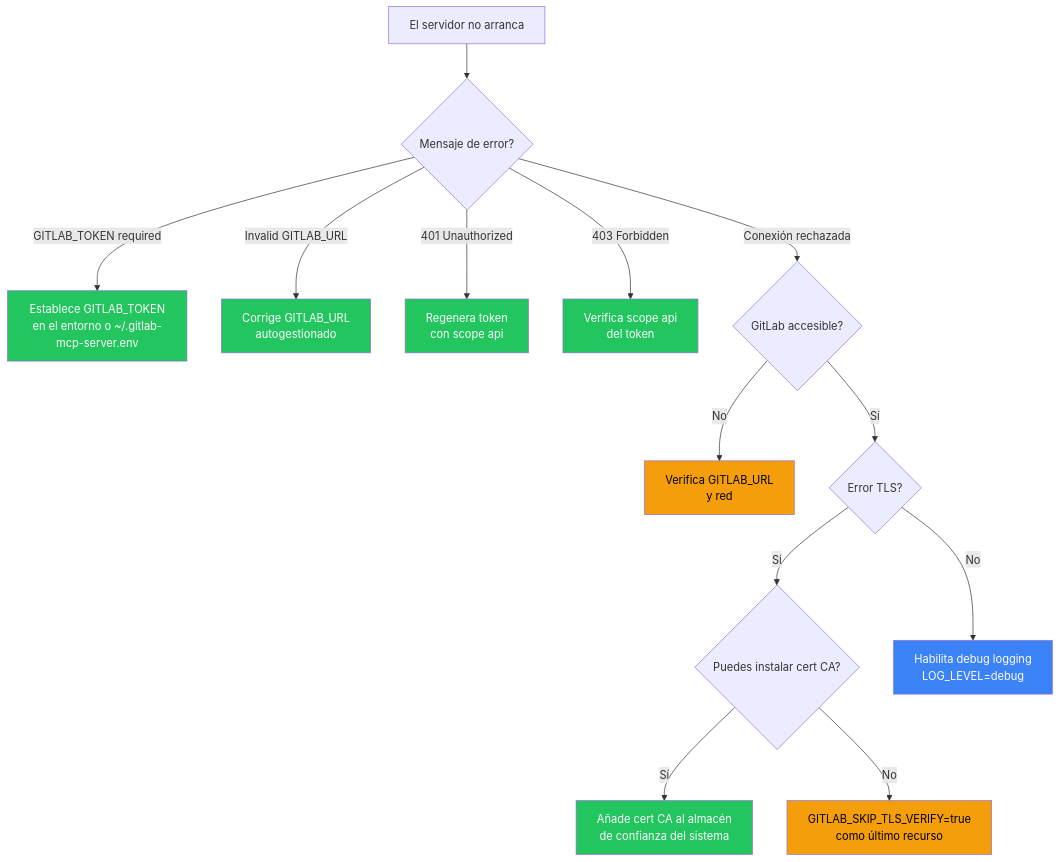
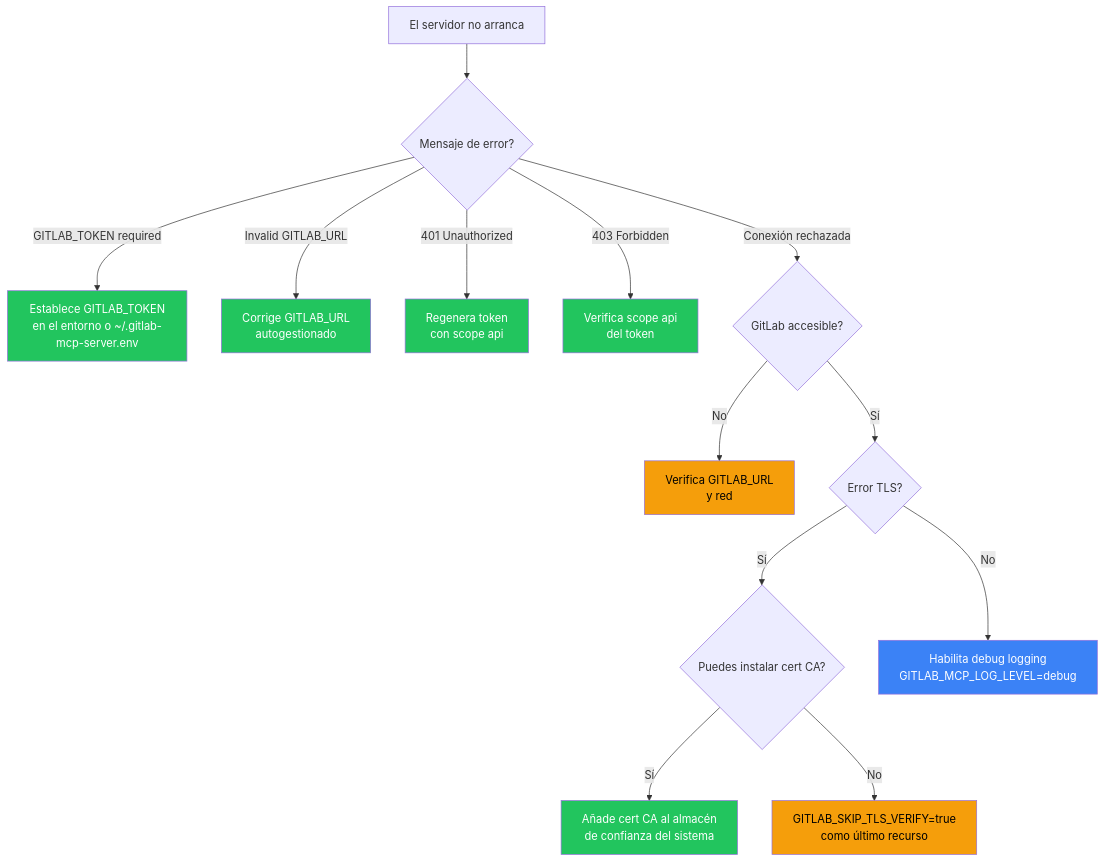
Before and after one commit to jmrplens/gitlab-mcp-server: the diagram in site/src/content/docs/es/operations/troubleshooting.mdx, drawn with Mermaid. The commit also changed other lines of this file and 170 other files, not shown here.

````diff
--- a/site/src/content/docs/es/operations/troubleshooting.mdx
+++ b/site/src/content/docs/es/operations/troubleshooting.mdx
@@ -22,24 +22,24 @@
 ```mermaid
 flowchart TD
     A[El servidor no arranca] --> B{Mensaje de error?}
     B -->|GITLAB_TOKEN required| C[Establece GITLAB_TOKEN<br/>en el entorno o ~/.gitlab-mcp-server.env]
     B -->|Invalid GITLAB_URL| D[Corrige GITLAB_URL<br/>autogestionado]
     B -->|401 Unauthorized| E[Regenera token<br/>con scope api]
     B -->|403 Forbidden| F[Verifica scope api<br/>del token]
     B -->|Conexión rechazada| G{GitLab accesible?}
     G -->|No| H[Verifica GITLAB_URL<br/>y red]
     G -->|Sí| I{Error TLS?}
     I -->|Sí| J{Puedes instalar cert CA?}
     J -->|Sí| J1[Añade cert CA al almacén<br/>de confianza del sistema]
     J -->|No| J2[GITLAB_SKIP_TLS_VERIFY=true<br/>como último recurso]
-    I -->|No| K[Habilita debug logging<br/>LOG_LEVEL=debug]
+    I -->|No| K[Habilita debug logging<br/>GITLAB_MCP_LOG_LEVEL=debug]
 
     style C fill:#22c55e,color:#fff
     style D fill:#22c55e,color:#fff
     style E fill:#22c55e,color:#fff
     style F fill:#22c55e,color:#fff
     style H fill:#f59e0b,color:#000
     style J1 fill:#22c55e,color:#fff
     style J2 fill:#f59e0b,color:#000
     style K fill:#3b82f6,color:#fff
 ```
````
